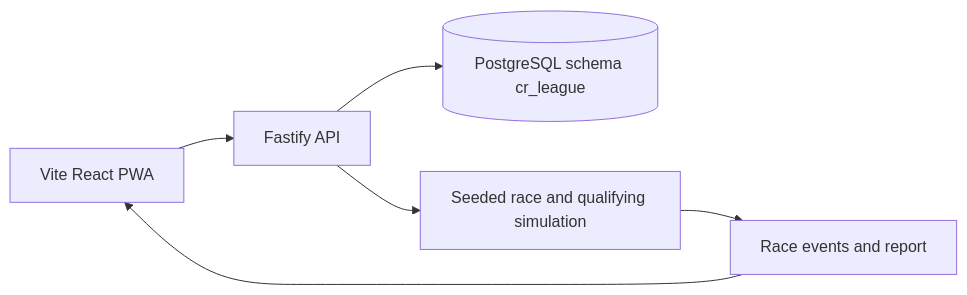
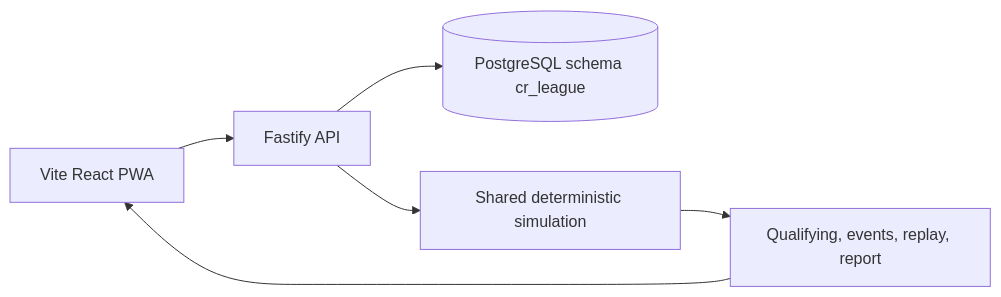
Before and after one commit to AlexAgo83/cr-league: the second of 2 diagrams in README.md, drawn with Mermaid. The commit also changed other lines of this file, not shown here.

````diff
--- a/README.md
+++ b/README.md
@@ -7,8 +70,8 @@
 ```mermaid
 flowchart LR
   Web[Vite React PWA] --> API[Fastify API]
   API --> DB[(PostgreSQL schema cr_league)]
-  API --> Sim[Seeded race and qualifying simulation]
-  Sim --> Events[Race events and report]
-  Events --> Web
+  API --> Sim[Shared deterministic simulation]
+  Sim --> Race[Qualifying, events, replay, report]
+  Race --> Web
 ```
````
